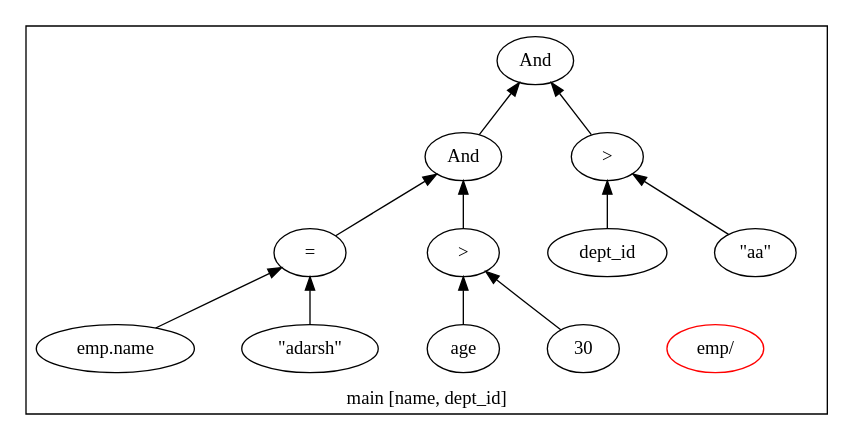
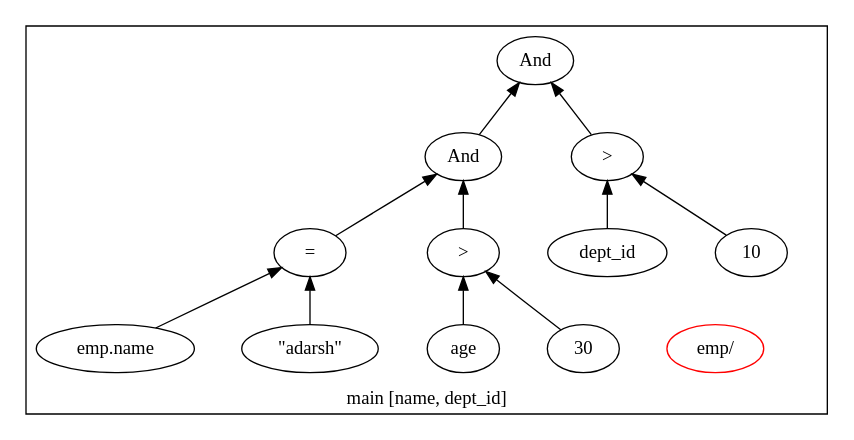
Before and after one commit to adarshpannu/kona: the diagram in qgm.dot, drawn with Graphviz. The commit also changed 13 other files, not shown here.

Commit message:
Reverted to original Flow with Arenas.

```diff
--- a/qgm.dot
+++ b/qgm.dot
@@ -1,31 +1,31 @@
 digraph example1 {
     rankdir=BT;
     nodesep=0.5;
     ordering="in";
   subgraph cluster_main {
     label = "main [name, dept_id]";
     "main_pt"[shape=point, color=white];
     "QUN_0"[label="emp/ ", color=red]
     exprnodeNodeId13v1[label="And"];
     exprnodeNodeId9v1 -> exprnodeNodeId13v1;
     exprnodeNodeId9v1[label="And"];
     exprnodeNodeId5v1 -> exprnodeNodeId9v1;
     exprnodeNodeId5v1[label="="];
     exprnodeNodeId3v1 -> exprnodeNodeId5v1;
     exprnodeNodeId3v1[label="emp.name"];
     exprnodeNodeId4v1 -> exprnodeNodeId5v1;
     exprnodeNodeId4v1[label="\"adarsh\""];
     exprnodeNodeId8v1 -> exprnodeNodeId9v1;
     exprnodeNodeId8v1[label=">"];
     exprnodeNodeId6v1 -> exprnodeNodeId8v1;
     exprnodeNodeId6v1[label="age"];
     exprnodeNodeId7v1 -> exprnodeNodeId8v1;
     exprnodeNodeId7v1[label="30"];
     exprnodeNodeId12v1 -> exprnodeNodeId13v1;
     exprnodeNodeId12v1[label=">"];
     exprnodeNodeId10v1 -> exprnodeNodeId12v1;
     exprnodeNodeId10v1[label="dept_id"];
     exprnodeNodeId11v1 -> exprnodeNodeId12v1;
-    exprnodeNodeId11v1[label="\"aa\""];
+    exprnodeNodeId11v1[label="10"];
 }
 }
```
